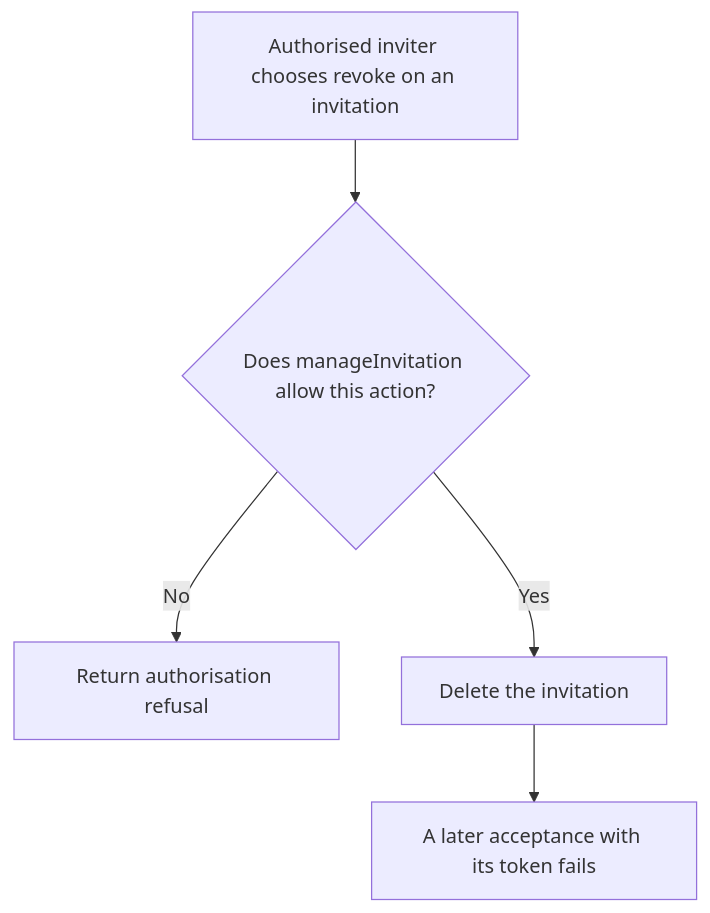
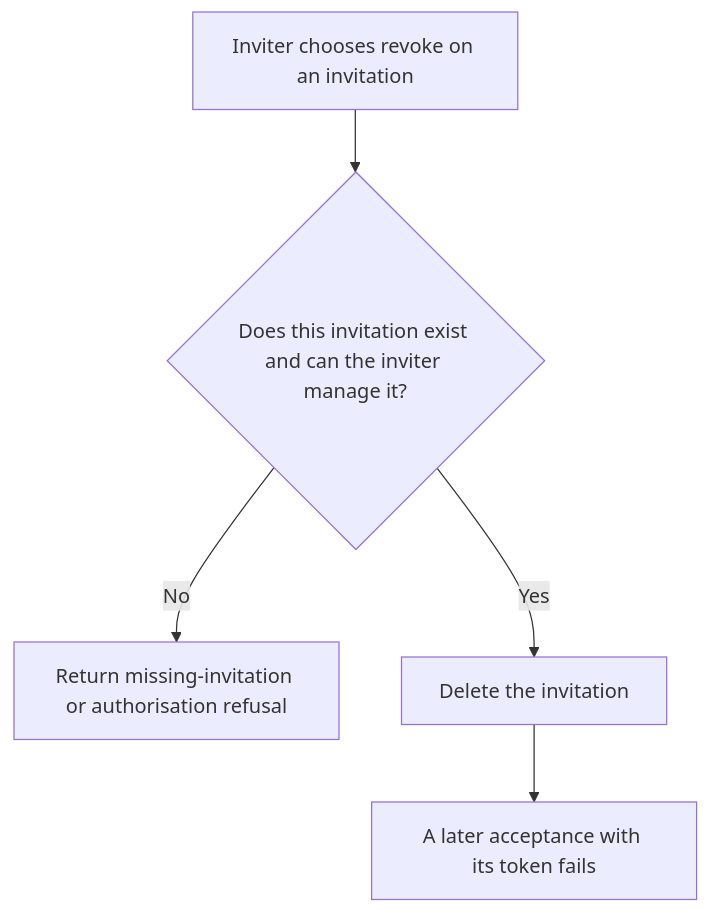
The first of 2 diagrams in user-stories/US-ACCOUNT-12-revoke-invitation.md (Kevinjohn/oss-adonisjs-account-kit), drawn with Mermaid before and after one commit. The commit also changed other lines of this file and 70 other files, not shown here.

````diff
--- a/user-stories/US-ACCOUNT-12-revoke-invitation.md
+++ b/user-stories/US-ACCOUNT-12-revoke-invitation.md
@@ -18,7 +21,7 @@
 ```mermaid
 flowchart TD
- A["Authorised inviter chooses revoke on an invitation"] --> B{"Does manageInvitation allow this action?"}
- B -->|No| C["Return authorisation refusal"]
+ A["Inviter chooses revoke on an invitation"] --> B{"Does this invitation exist and can the inviter manage it?"}
+ B -->|No| C["Return missing-invitation or authorisation refusal"]
  B -->|Yes| D["Delete the invitation"]
  D --> E["A later acceptance with its token fails"]
 ```
````
